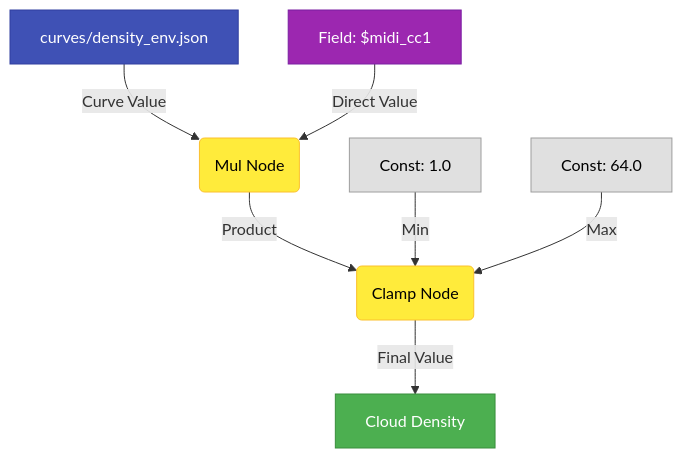
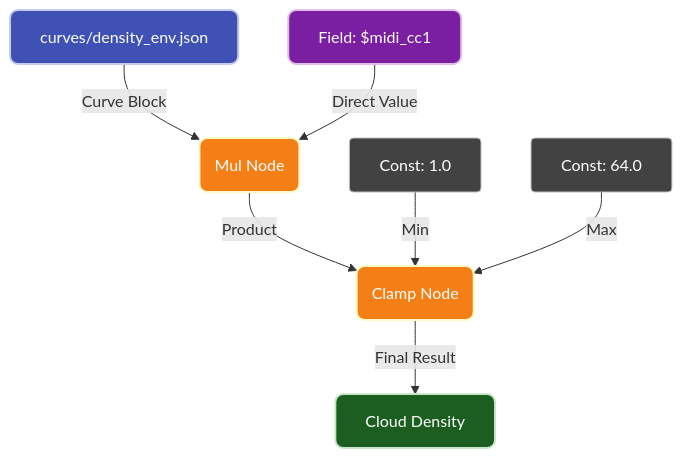
The third of 3 diagrams in README.md (TheColby/Particelle), drawn with Mermaid before and after one commit. The commit also changed other lines of this file, not shown here.

Commit message:
docs: align mermaid diagrams and curate accurate bibliography

````diff
--- a/README.md
+++ b/README.md
@@ -758,15 +784,15 @@
 ```mermaid
 graph TD
-    A[curves/density_env.json]:::Curve -->|Curve Value| B(Mul Node):::Op
-    C[Field: $midi_cc1]:::Control -->|Direct Value| B
-    B -->|Product| D(Clamp Node):::Op
-    E[Const: 1.0]:::Const -->|Min| D
-    F[Const: 64.0]:::Const -->|Max| D
-    D -->|Final Value| G[Cloud Density]:::Output
-    
-    classDef Op fill:#ffeb3b,stroke:#fbc02d,color:#000
-    classDef Curve fill:#3f51b5,stroke:#303f9f,color:#fff
-    classDef Control fill:#9c27b0,stroke:#7b1fa2,color:#fff
-    classDef Const fill:#e0e0e0,stroke:#9e9e9e,color:#000
-    classDef Output fill:#4caf50,stroke:#388e3c,color:#fff
+    classDef curve fill:#3f51b5,stroke:#c5cae9,stroke-width:2px,color:#fff,rx:8,ry:8
+    classDef control fill:#7b1fa2,stroke:#e1bee7,stroke-width:2px,color:#fff,rx:8,ry:8
+    classDef const fill:#424242,stroke:#bdbdbd,stroke-width:1px,color:#fff,rx:4,ry:4
+    classDef op fill:#f57f17,stroke:#fff9c4,stroke-width:2px,color:#fff,rx:8,ry:8
+    classDef output fill:#1b5e20,stroke:#c8e6c9,stroke-width:2px,color:#fff,rx:8,ry:8
+
+    A[curves/density_env.json]:::curve -->|Curve Block| B(Mul Node):::op
+    C[Field: $midi_cc1]:::control -->|Direct Value| B
+    B -->|Product| D(Clamp Node):::op
+    E[Const: 1.0]:::const -->|Min| D
+    F[Const: 64.0]:::const -->|Max| D
+    D -->|Final Result| G[Cloud Density]:::output
 ```
````
